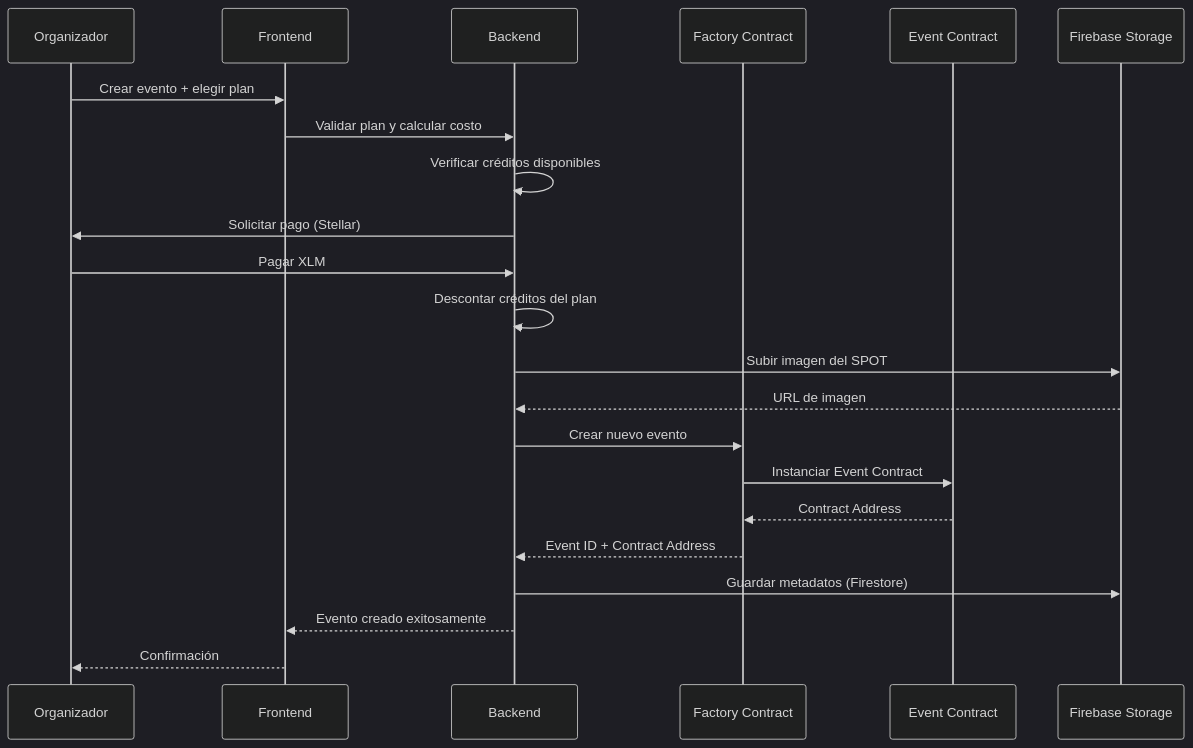
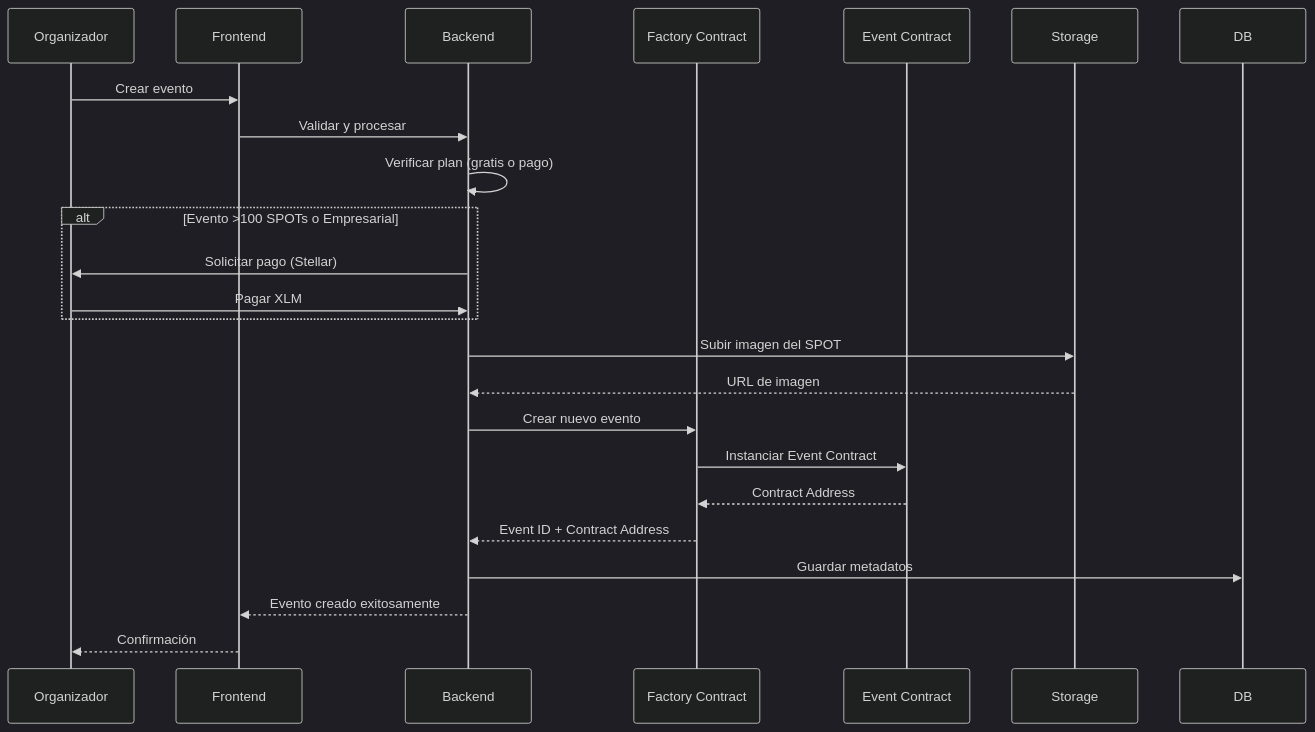
One commit to mesas01/hackatonArgentinaNov changed the fourth of 10 diagrams in README.md. Above: the diagram before and after it, drawn with Mermaid (dark theme). The commit also changed other lines of this file and 66 other files, not shown here.

````diff
--- a/README.md
+++ b/README.md
@@ -221,25 +220,26 @@
 ```mermaid
 sequenceDiagram
     participant O as Organizador
     participant UI as Frontend
     participant B as Backend
     participant F as Factory Contract
     participant E as Event Contract
-    participant S as Firebase Storage
+    participant S as Storage
 
-    O->>UI: Crear evento + elegir plan
-    UI->>B: Validar plan y calcular costo
-    B->>B: Verificar créditos disponibles
-    B->>O: Solicitar pago (Stellar)
-    O->>B: Pagar XLM
-    B->>B: Descontar créditos del plan
+    O->>UI: Crear evento
+    UI->>B: Validar y procesar
+    B->>B: Verificar plan (gratis o pago)
+    alt Evento >100 SPOTs o Empresarial
+        B->>O: Solicitar pago (Stellar)
+        O->>B: Pagar XLM
+    end
     B->>S: Subir imagen del SPOT
     S-->>B: URL de imagen
     B->>F: Crear nuevo evento
     F->>E: Instanciar Event Contract
     E-->>F: Contract Address
     F-->>B: Event ID + Contract Address
-    B->>S: Guardar metadatos (Firestore)
+    B->>DB: Guardar metadatos
     B-->>UI: Evento creado exitosamente
     UI-->>O: Confirmación
 ```
````
